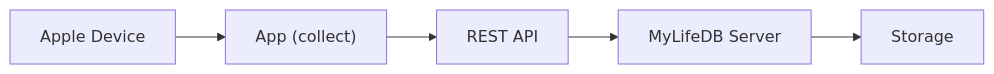
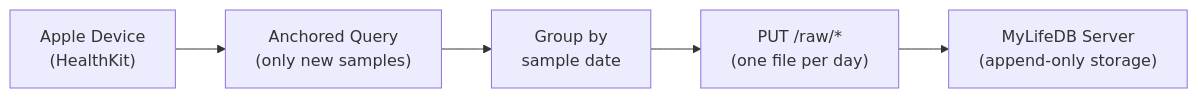
Before and after one commit to xiaoyuanzhu-com/my-life-db-docs: the first of 2 diagrams in src/content/docs/apple-client/data-collect.md, drawn with Mermaid. The commit also changed other lines of this file, not shown here.

````diff
--- a/src/content/docs/apple-client/data-collect.md
+++ b/src/content/docs/apple-client/data-collect.md
@@ -247,4 +247,4 @@
 ```mermaid
 flowchart LR
-    A["Apple Device"] --> B["App (collect)"] --> C["REST API"] --> D["MyLifeDB Server"] --> E["Storage"]
+    A["Apple Device\n(HealthKit)"] --> B["Anchored Query\n(only new samples)"] --> C["Group by\nsample date"] --> D["PUT /raw/*\n(one file per day)"] --> E["MyLifeDB Server\n(append-only storage)"]
 ```
````
